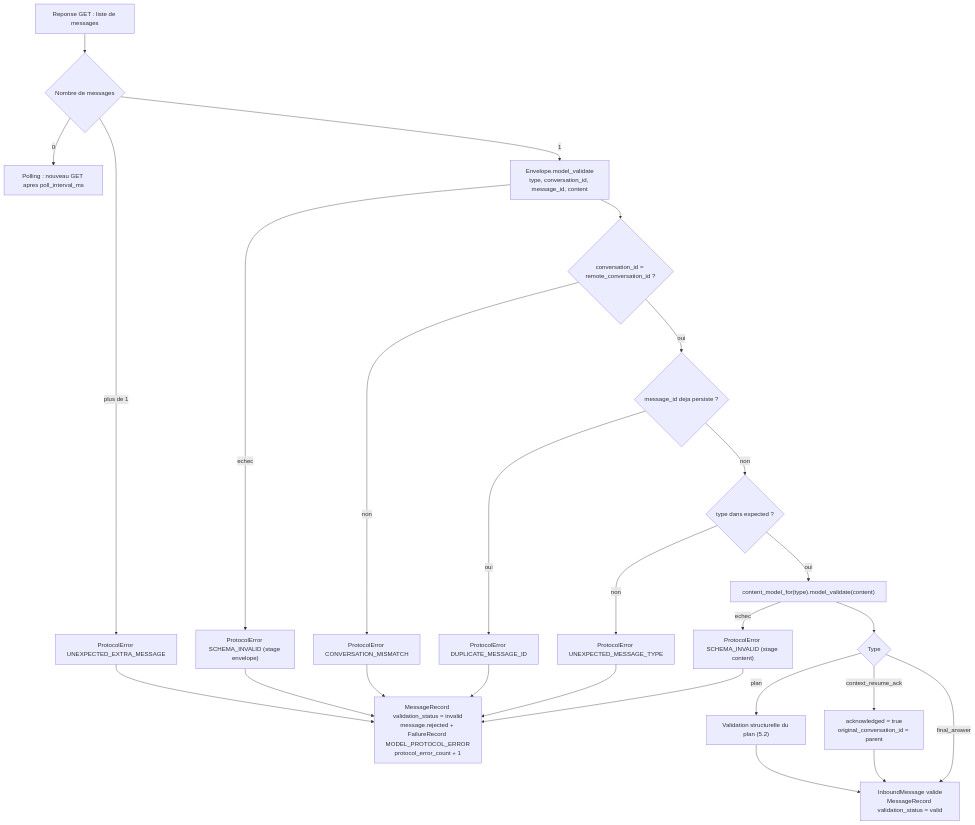
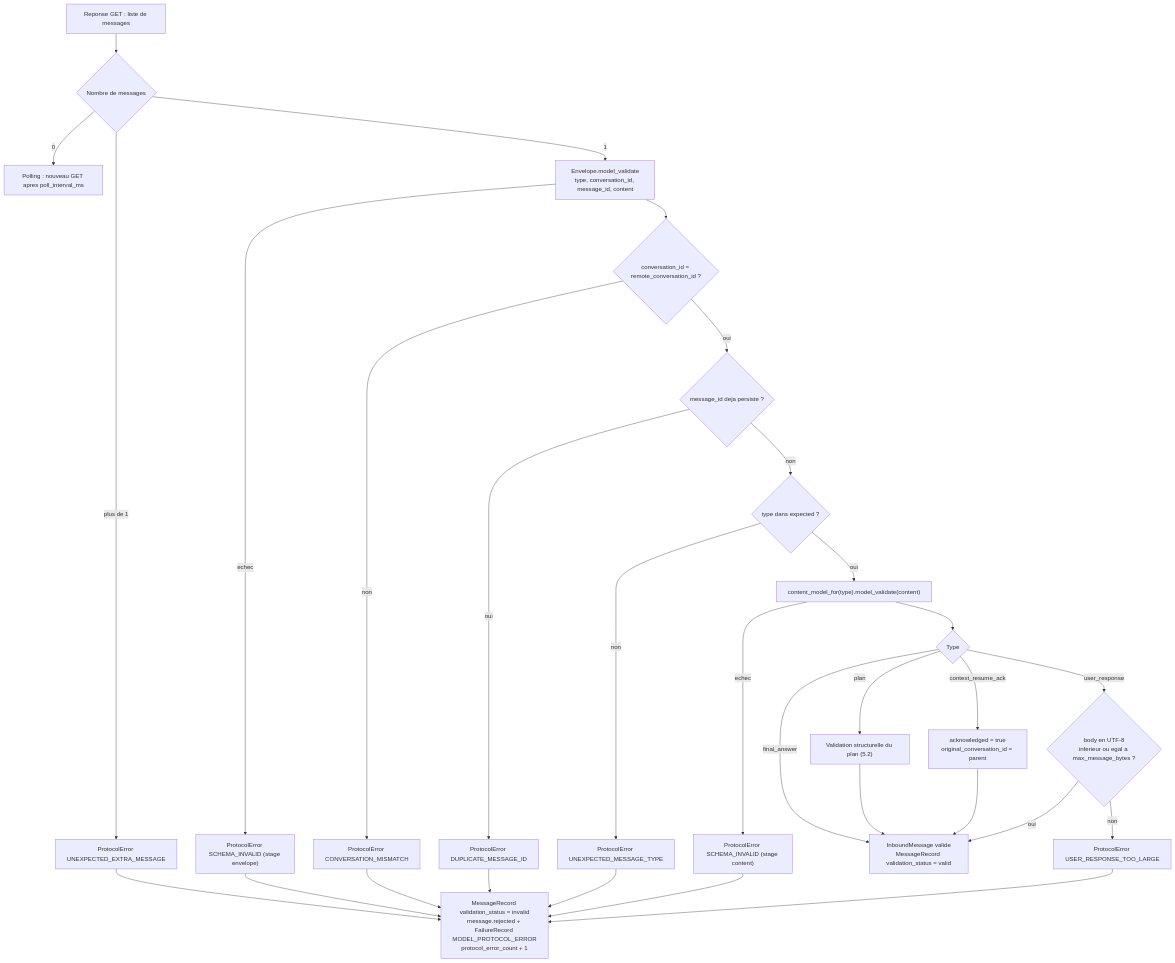
Before and after one commit to moabidi91/agentic-local-app: the third of 7 diagrams in docs/architecture/02-protocol.md, drawn with Mermaid. The commit also changed other lines of this file and 40 other files, not shown here.

````diff
--- a/docs/architecture/02-protocol.md
+++ b/docs/architecture/02-protocol.md
@@ -108,23 +110,26 @@
 ```mermaid
 flowchart TD
     A["Reponse GET : liste de messages"] --> N{"Nombre de messages"}
     N -- "0" --> P0["Polling : nouveau GET apres poll_interval_ms"]
     N -- "plus de 1" --> E1["ProtocolError UNEXPECTED_EXTRA_MESSAGE"]
     N -- "1" --> ENV["Envelope.model_validate<br/>type, conversation_id, message_id, content"]
     ENV -- "echec" --> E2["ProtocolError SCHEMA_INVALID (stage envelope)"]
     ENV --> CID{"conversation_id = remote_conversation_id ?"}
     CID -- non --> E3["ProtocolError CONVERSATION_MISMATCH"]
     CID -- oui --> MID{"message_id deja persiste ?"}
     MID -- oui --> E4["ProtocolError DUPLICATE_MESSAGE_ID"]
     MID -- non --> EXP{"type dans expected ?"}
     EXP -- non --> E5["ProtocolError UNEXPECTED_MESSAGE_TYPE"]
     EXP -- oui --> CNT["content_model_for(type).model_validate(content)"]
     CNT -- "echec" --> E6["ProtocolError SCHEMA_INVALID (stage content)"]
     CNT --> KIND{"Type"}
     KIND -- "plan" --> PL["Validation structurelle du plan (5.2)"]
     KIND -- "context_resume_ack" --> ACK["acknowledged = true<br/>original_conversation_id = parent"]
     KIND -- "final_answer" --> OK
+    KIND -- "user_response" --> UR{"body en UTF-8<br/>inferieur ou egal a max_message_bytes ?"}
+    UR -- non --> E7["ProtocolError USER_RESPONSE_TOO_LARGE"]
     PL --> OK["InboundMessage valide<br/>MessageRecord validation_status = valid"]
     ACK --> OK
-    E1 & E2 & E3 & E4 & E5 & E6 --> REC["MessageRecord validation_status = invalid<br/>message.rejected + FailureRecord MODEL_PROTOCOL_ERROR<br/>protocol_error_count + 1"]
+    UR -- oui --> OK
+    E1 & E2 & E3 & E4 & E5 & E6 & E7 --> REC["MessageRecord validation_status = invalid<br/>message.rejected + FailureRecord MODEL_PROTOCOL_ERROR<br/>protocol_error_count + 1"]
 ```
````
